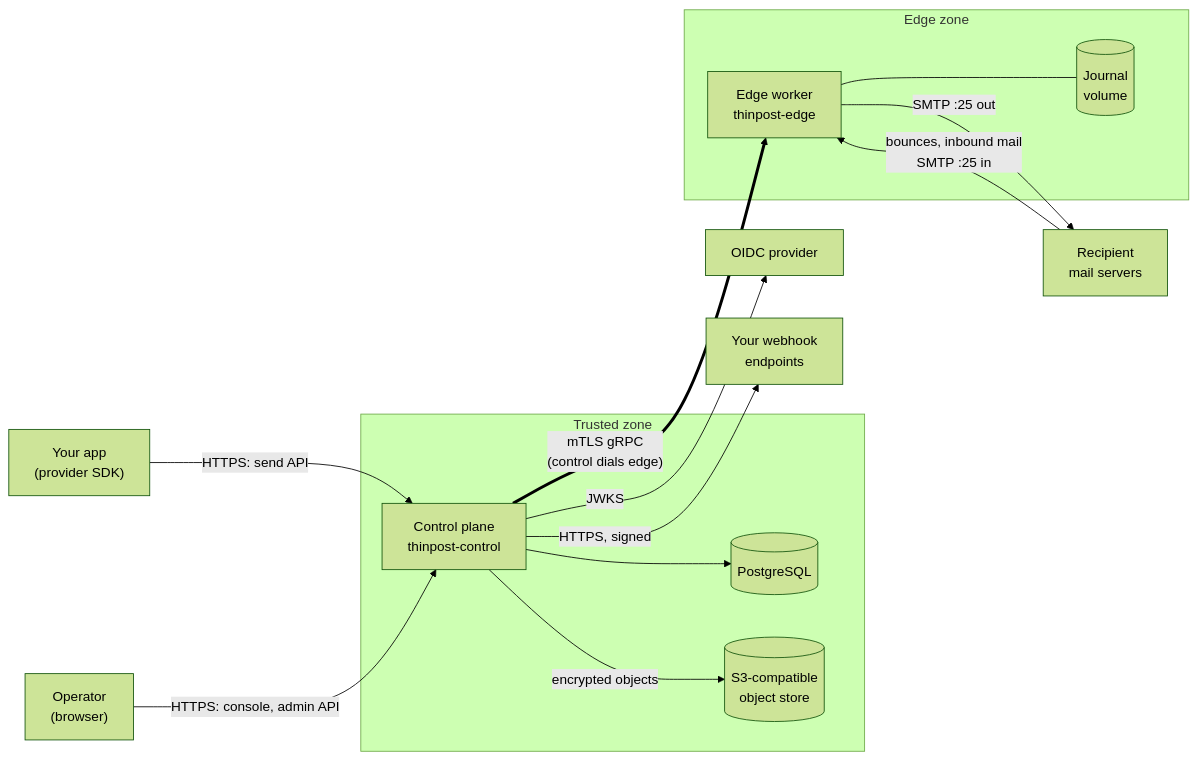
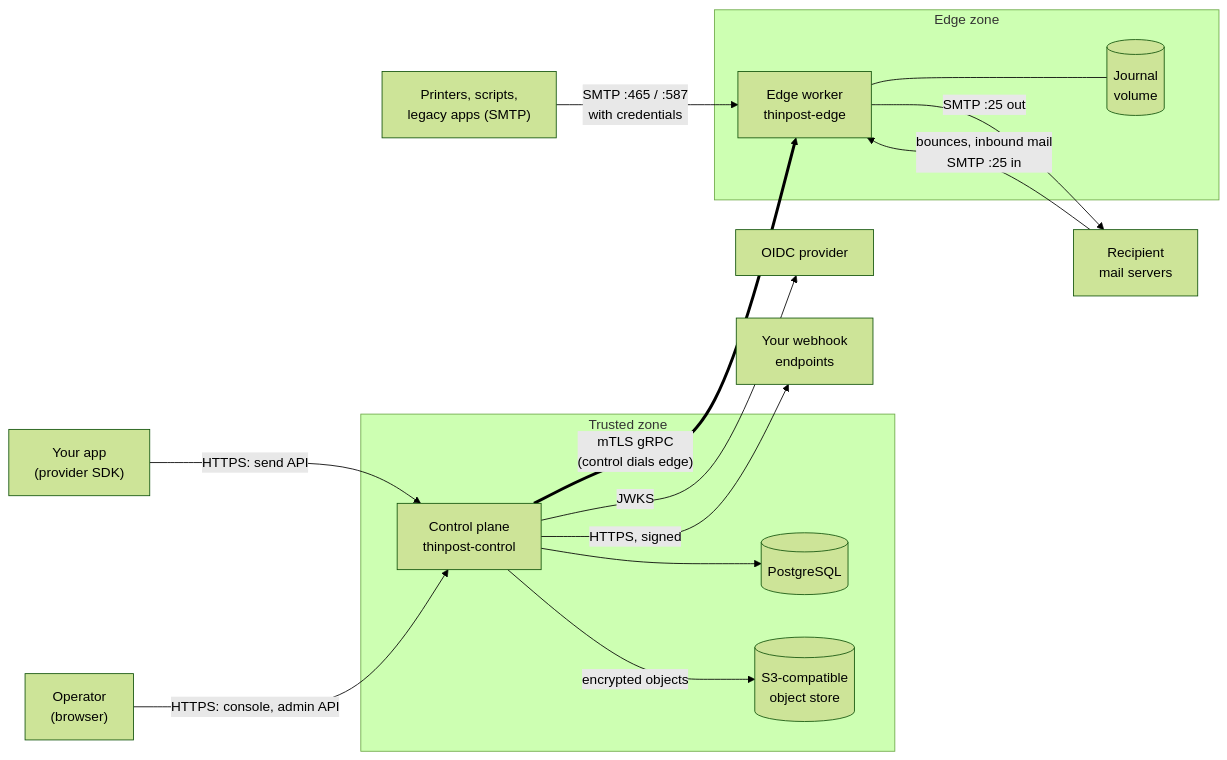
The first of 2 diagrams in docs/guide/architecture.md (zyno-io/thinpost), drawn with Mermaid (forest theme) before and after one commit. The commit also changed other lines of this file and 10 other files, not shown here.

````diff
--- a/docs/guide/architecture.md
+++ b/docs/guide/architecture.md
@@ -10,28 +10,30 @@
 ```mermaid
 flowchart LR
   app["Your app<br/>(provider SDK)"]
+  dev["Printers, scripts,<br/>legacy apps (SMTP)"]
   op["Operator<br/>(browser)"]
   idp["OIDC provider"]
   subgraph trusted["Trusted zone"]
     ctl["Control plane<br/>thinpost-control"]
     pg[("PostgreSQL")]
     s3[("S3-compatible<br/>object store")]
   end
   subgraph edgez["Edge zone"]
     edge["Edge worker<br/>thinpost-edge"]
     jr[("Journal<br/>volume")]
   end
   mx["Recipient<br/>mail servers"]
   hook["Your webhook<br/>endpoints"]
 
   app -- "HTTPS: send API" --> ctl
   op -- "HTTPS: console, admin API" --> ctl
   ctl -- "JWKS" --> idp
   ctl --> pg
   ctl -- "encrypted objects" --> s3
   ctl == "mTLS gRPC<br/>(control dials edge)" ==> edge
   edge --- jr
   edge -- "SMTP :25 out" --> mx
   mx -- "bounces, inbound mail<br/>SMTP :25 in" --> edge
+  dev -- "SMTP :465 / :587<br/>with credentials" --> edge
   ctl -- "HTTPS, signed" --> hook
 ```
````
